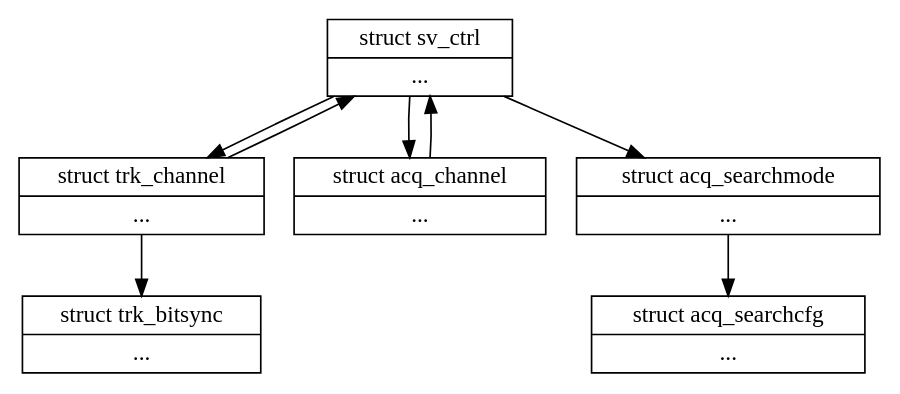
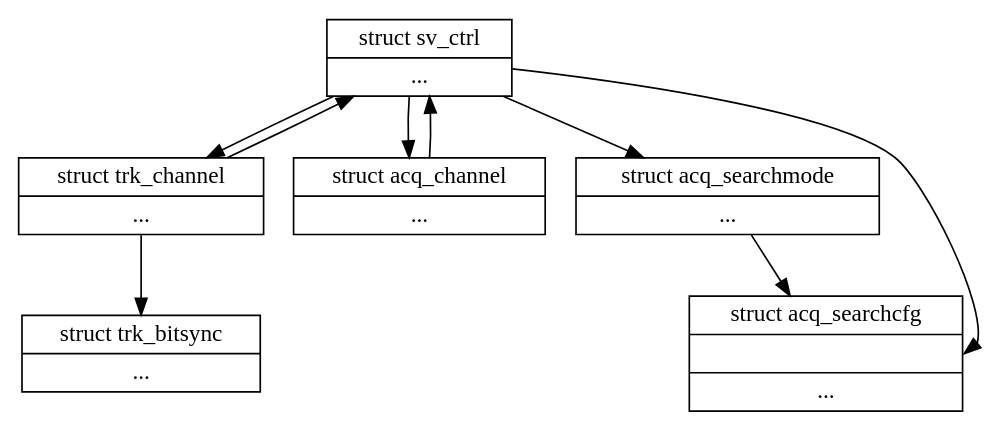
Before and after one commit to bookie/channel: the diagram in trkchan.md, drawn with Graphviz.

````diff
--- a/trkchan.md
+++ b/trkchan.md
@@ -4,19 +4,20 @@
 ```dot
 digraph G
 {
   node [shape = record];
   svctrl [label = "{ struct sv_ctrl | ... }"];
 
   trkchan [label = "{ struct trk_channel | ... }"];
   bitsync [label = "{ struct trk_bitsync | ... }"];
 
   acqchan [label = "{ struct acq_channel | ... }"];
   acqmode [label = "{ struct acq_searchmode | ... }"];
-  acqcfg [label = "{ struct acq_searchcfg | ... }"];
+  acqcfg [label = "{ struct acq_searchcfg | <searchcfg> | ... }"];
 
   acqchan -> svctrl -> acqchan;
   trkchan -> svctrl -> trkchan;
   svctrl -> acqmode -> acqcfg;
+  svctrl -> acqcfg:searchcfg
   trkchan -> bitsync;
 }
 ```
````
